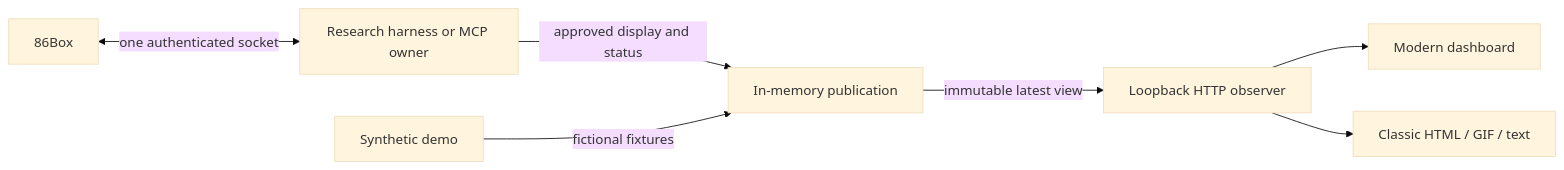
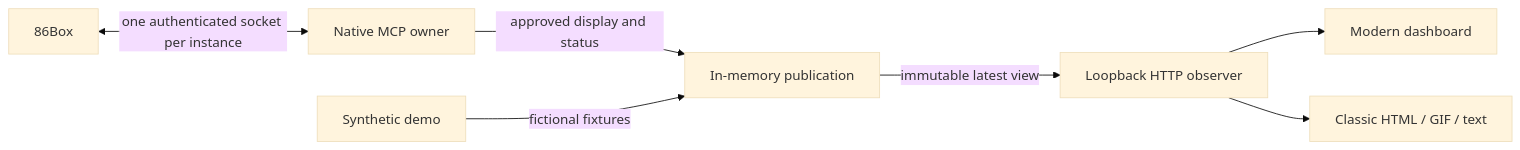
The diagram in docs/research/86box-observer-design.md (smartyhall/deskmate-formats), drawn with Mermaid (base theme) before and after one commit. The commit also changed other lines of this file and 18 other files, not shown here.

Commit message:
Publish approved native 86Box observations to the browser

```diff
--- a/docs/research/86box-observer-design.md
+++ b/docs/research/86box-observer-design.md
@@ -7,9 +8,9 @@
 ~~~mermaid
 flowchart LR
-    E[86Box] <-->|one authenticated socket| H[Research harness or MCP owner]
+    E[86Box] <-->|one authenticated socket per instance| H[Native MCP owner]
     H -->|approved display and status| P[In-memory publication]
     D[Synthetic demo] -->|fictional fixtures| P
     P -->|immutable latest view| W[Loopback HTTP observer]
     W --> M[Modern dashboard]
     W --> L[Classic HTML / GIF / text]
 ~~~
```
